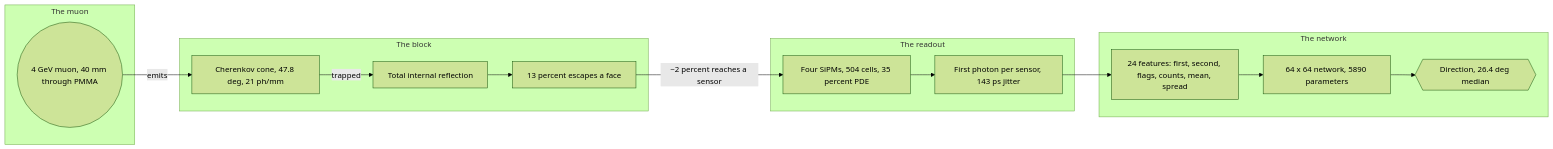
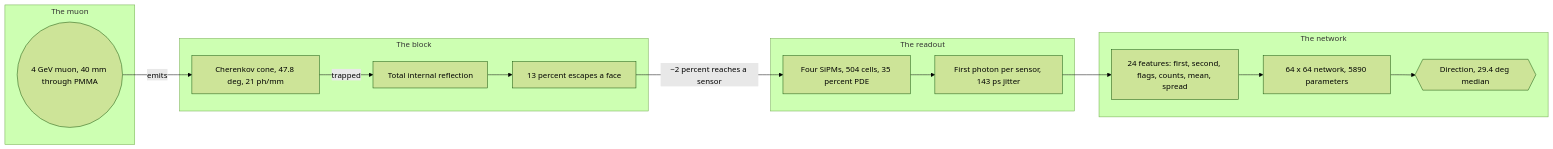
One commit to oskuhansson/CanLab changed the diagram in docs/muon/overview.md. Above: the diagram before and after it, drawn with Mermaid (forest theme). The commit also changed other lines of this file and 10 other files, not shown here.

````diff
--- a/docs/muon/overview.md
+++ b/docs/muon/overview.md
@@ -33,28 +33,28 @@
 ```mermaid
 flowchart LR
     subgraph G_MUON["The muon"]
         MUON(("4 GeV muon, 40 mm through PMMA"))
     end
     subgraph G_LIGHT["The block"]
         CONE["Cherenkov cone, 47.8 deg, 21 ph/mm"]
         TIR["Total internal reflection"]
         FACE["13 percent escapes a face"]
     end
     subgraph G_SENSOR["The readout"]
         SIPM["Four SiPMs, 504 cells, 35 percent PDE"]
         TDC["First photon per sensor, 143 ps jitter"]
     end
     subgraph G_NET["The network"]
         FEAT["24 features: first, second, flags, counts, mean, spread"]
         MLP["64 x 64 network, 5890 parameters"]
-        DIR{{"Direction, 26.4 deg median"}}
+        DIR{{"Direction, 29.4 deg median"}}
     end
     MUON -->|"emits"| CONE
     CONE -->|"trapped"| TIR
     TIR --> FACE
     FACE -->|"~2 percent reaches a sensor"| SIPM
     SIPM --> TDC
     TDC --> FEAT
     FEAT --> MLP
     MLP --> DIR
 ```
````
